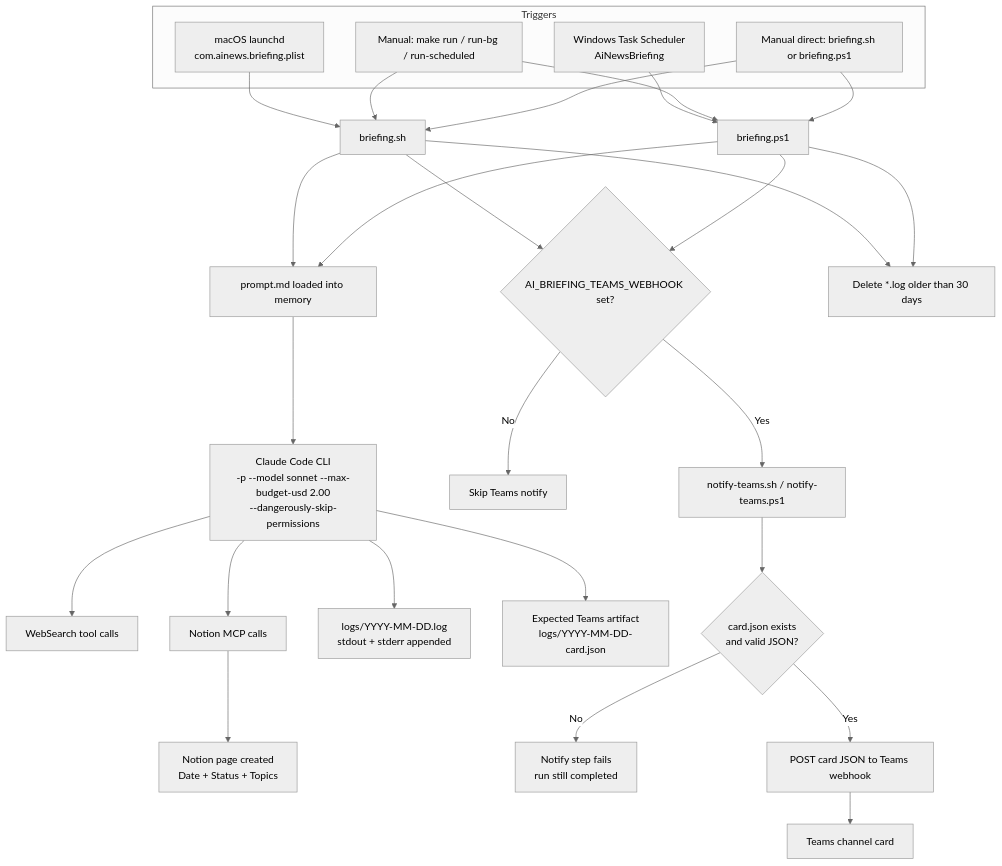
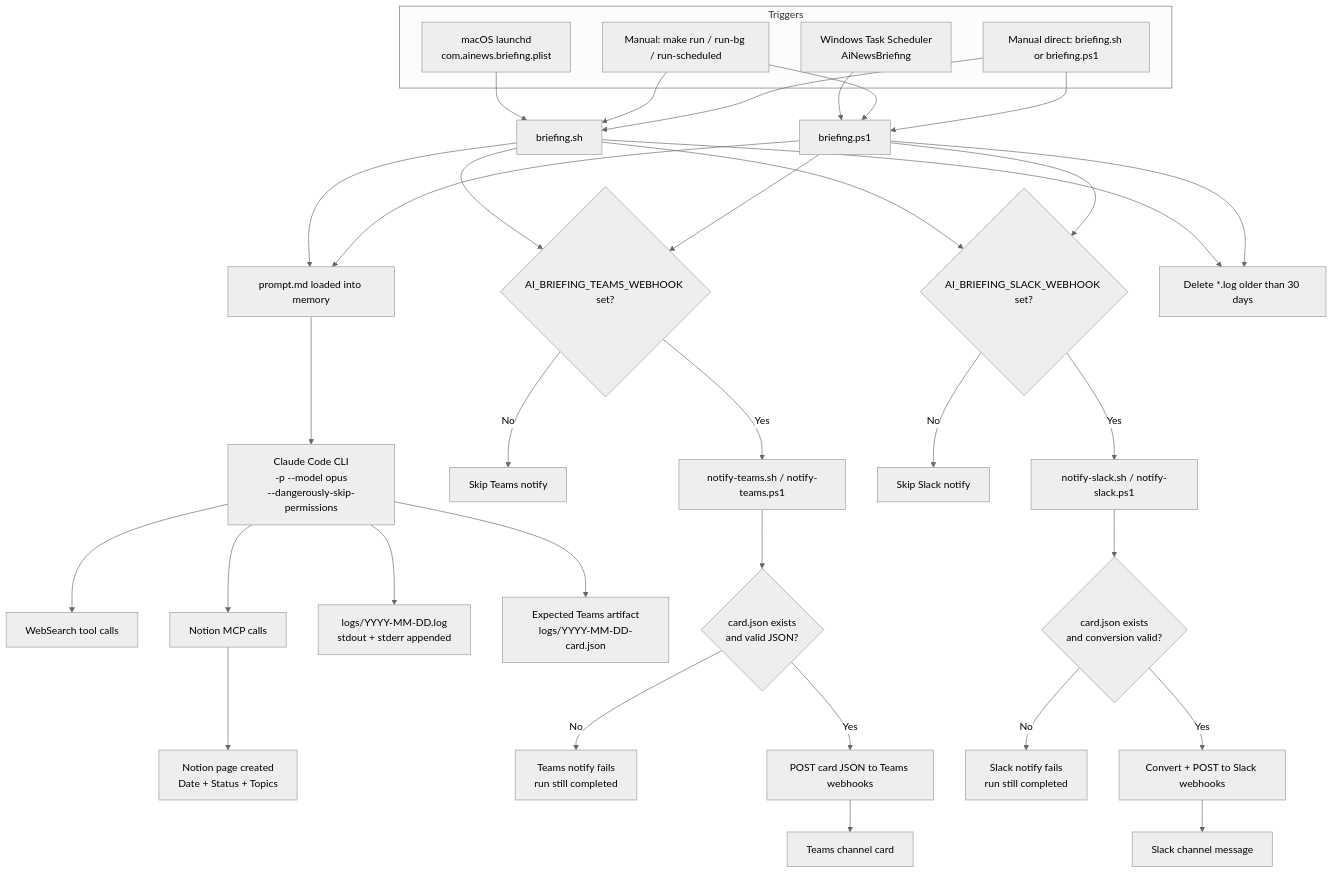
The first of 4 diagrams in E2E_FLOW.md (hoangsonww/ai-news-briefing), drawn with Mermaid (neutral theme) before and after one commit. The commit also changed other lines of this file and 3 other files, not shown here.

Commit message:
feat: enhance documentation for Slack and Teams notification pipelines

````diff
--- a/E2E_FLOW.md
+++ b/E2E_FLOW.md
@@ -18,44 +21,50 @@
 ```mermaid
 flowchart TD
     subgraph Triggers
         A1[macOS launchd\ncom.ainews.briefing.plist]
         A2[Windows Task Scheduler\nAiNewsBriefing]
         A3[Manual: make run / run-bg / run-scheduled]
         A4[Manual direct: briefing.sh or briefing.ps1]
     end
 
     A1 --> B1[briefing.sh]
     A2 --> B2[briefing.ps1]
     A3 --> B1
     A3 --> B2
     A4 --> B1
     A4 --> B2
 
     B1 --> C[prompt.md loaded into memory]
     B2 --> C
 
-    C --> D[Claude Code CLI\n-p --model sonnet --max-budget-usd 2.00\n--dangerously-skip-permissions]
+    C --> D[Claude Code CLI\n-p --model opus\n--dangerously-skip-permissions]
 
     D --> E[WebSearch tool calls]
     D --> F[Notion MCP calls]
 
     F --> G[Notion page created\nDate + Status + Topics]
 
     D --> H[logs/YYYY-MM-DD.log\nstdout + stderr appended]
     D --> I[Expected Teams artifact\nlogs/YYYY-MM-DD-card.json]
 
     B1 --> J{AI_BRIEFING_TEAMS_WEBHOOK set?}
     B2 --> J
-
     J -->|No| K[Skip Teams notify]
     J -->|Yes| L[notify-teams.sh / notify-teams.ps1]
+    L --> M{card.json exists\nand valid JSON?}
+    M -->|No| N[Teams notify fails\nrun still completed]
+    M -->|Yes| O[POST card JSON to Teams webhooks]
+    O --> P[Teams channel card]
 
-    L --> M{card.json exists\nand valid JSON?}
-    M -->|No| N[Notify step fails\nrun still completed]
-    M -->|Yes| O[POST card JSON to Teams webhook]
-
-    O --> P[Teams channel card]
+    B1 --> R{AI_BRIEFING_SLACK_WEBHOOK set?}
+    B2 --> R
+    R -->|No| S[Skip Slack notify]
+    R -->|Yes| T[notify-slack.sh / notify-slack.ps1]
+    T --> U{card.json exists\nand conversion valid?}
+    U -->|No| V[Slack notify fails\nrun still completed]
+    U -->|Yes| W[Convert + POST to Slack webhooks]
+    W --> X[Slack channel message]
 
     B1 --> Q[Delete *.log older than 30 days]
     B2 --> Q
 ```
````
